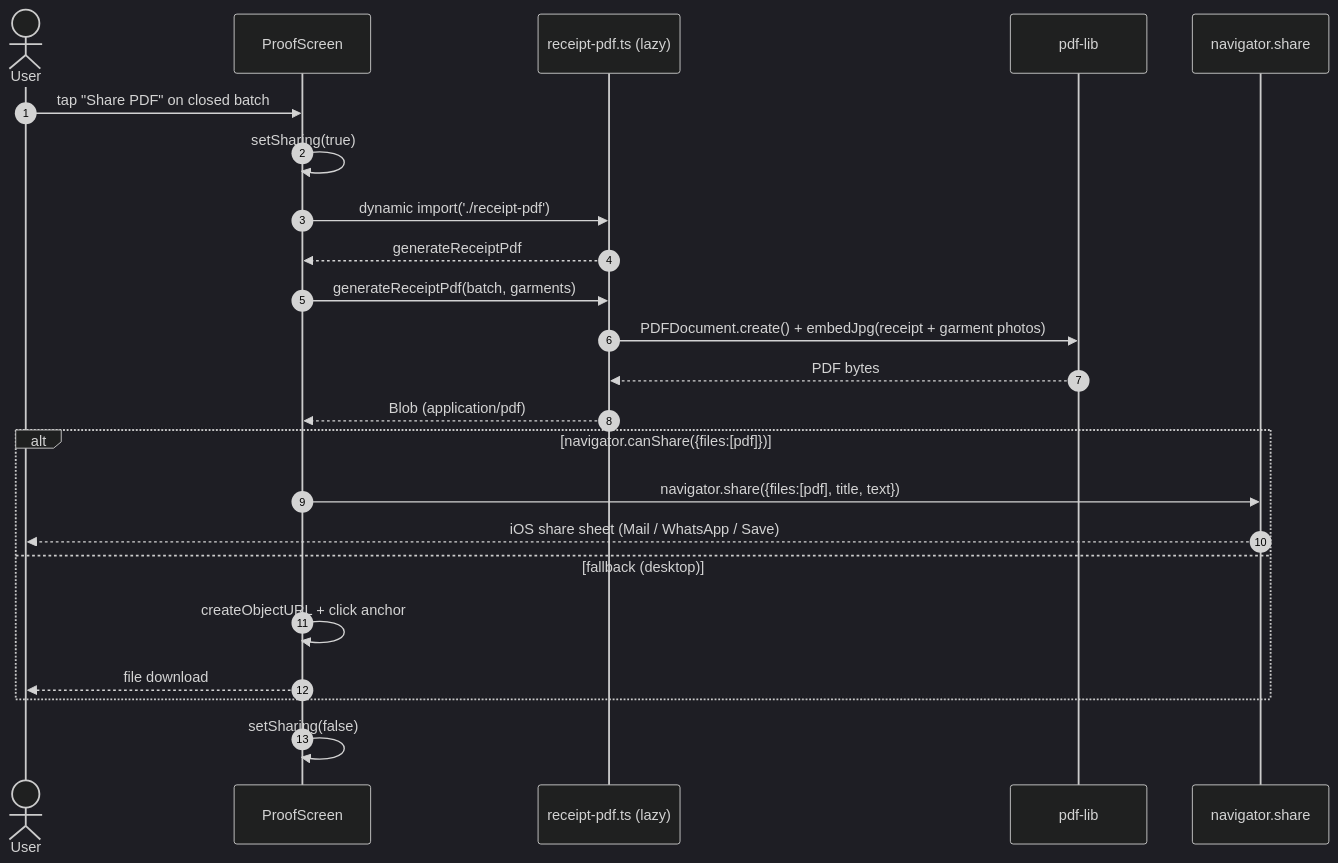
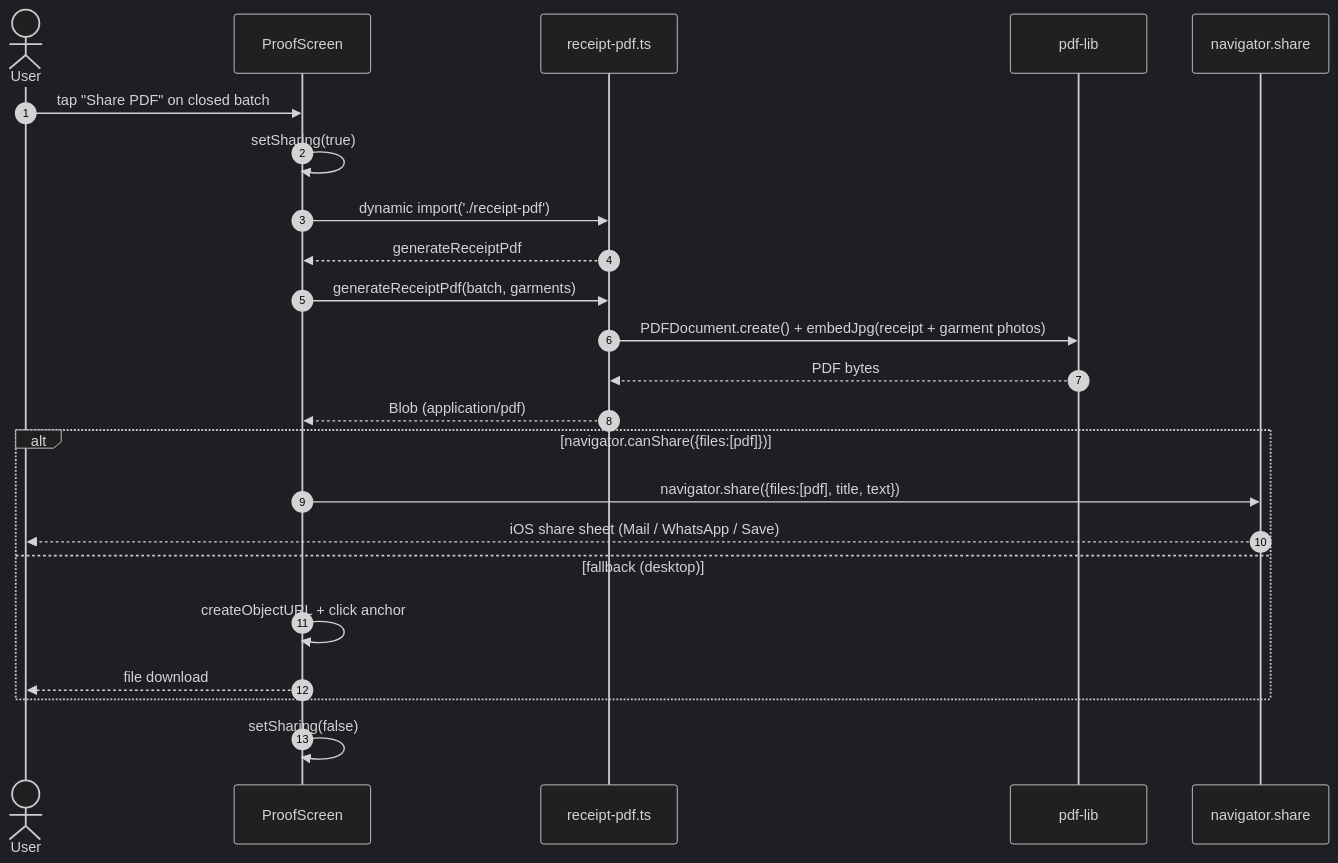
Before and after one commit to GitPhantom700/laundristic-p1: the tenth of 12 diagrams in docs/TECHNICAL_DESIGN.md, drawn with Mermaid (dark theme). The commit also changed other lines of this file and 12 other files, not shown here.

First line of the commit message:
docs: apply review corrections — finish Amplify→Pages sweep, fix diagrams, restore USER_GUIDE screenshots

````diff
--- a/docs/TECHNICAL_DESIGN.md
+++ b/docs/TECHNICAL_DESIGN.md
@@ -317,27 +318,27 @@
 ```mermaid
 sequenceDiagram
     autonumber
     actor U as User
     participant Pr as ProofScreen
-    participant Pdf as receipt-pdf.ts (lazy)
+    participant Pdf as receipt-pdf.ts
     participant Lib as pdf-lib
     participant Nav as navigator.share
 
     U->>Pr: tap "Share PDF" on closed batch
     Pr->>Pr: setSharing(true)
     Pr->>Pdf: dynamic import('./receipt-pdf')
     Pdf-->>Pr: generateReceiptPdf
     Pr->>Pdf: generateReceiptPdf(batch, garments)
     Pdf->>Lib: PDFDocument.create() + embedJpg(receipt + garment photos)
     Lib-->>Pdf: PDF bytes
     Pdf-->>Pr: Blob (application/pdf)
 
     alt navigator.canShare({files:[pdf]})
         Pr->>Nav: navigator.share({files:[pdf], title, text})
         Nav-->>U: iOS share sheet (Mail / WhatsApp / Save)
     else fallback (desktop)
         Pr->>Pr: createObjectURL + click anchor
         Pr-->>U: file download
     end
     Pr->>Pr: setSharing(false)
 ```
````
